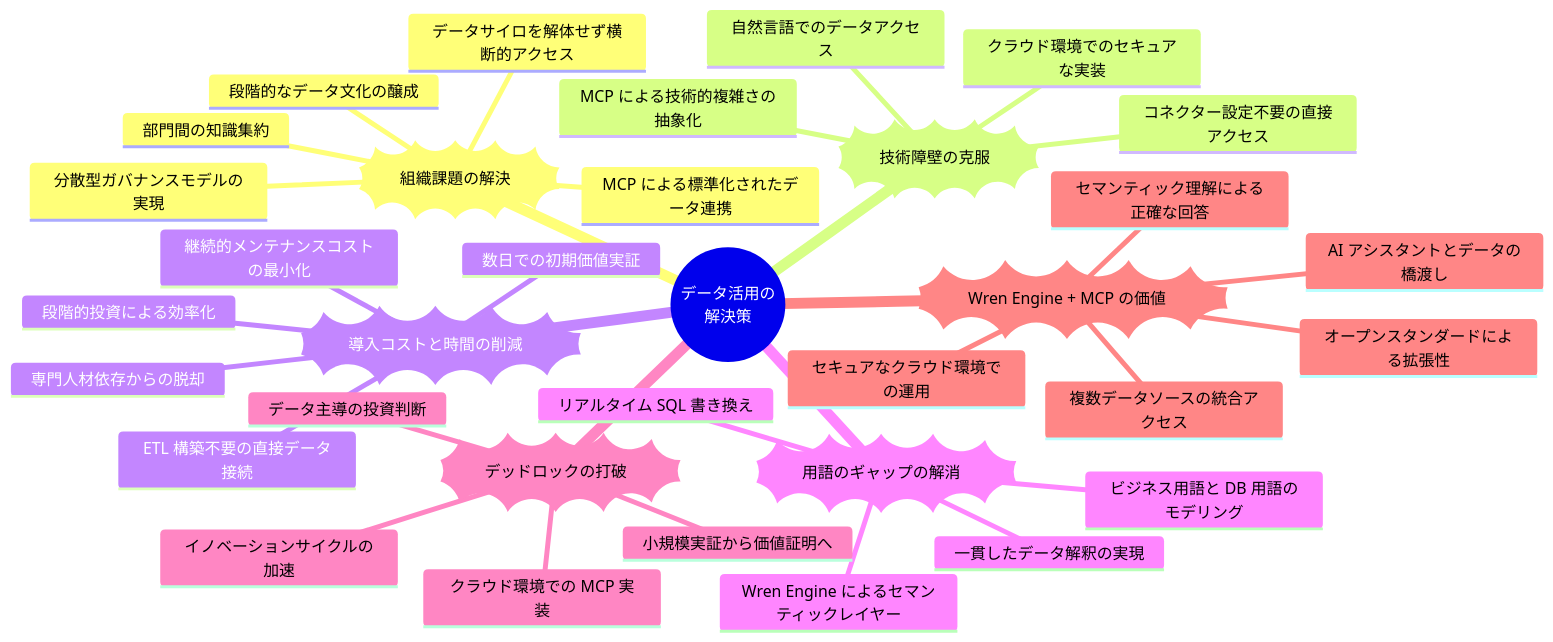
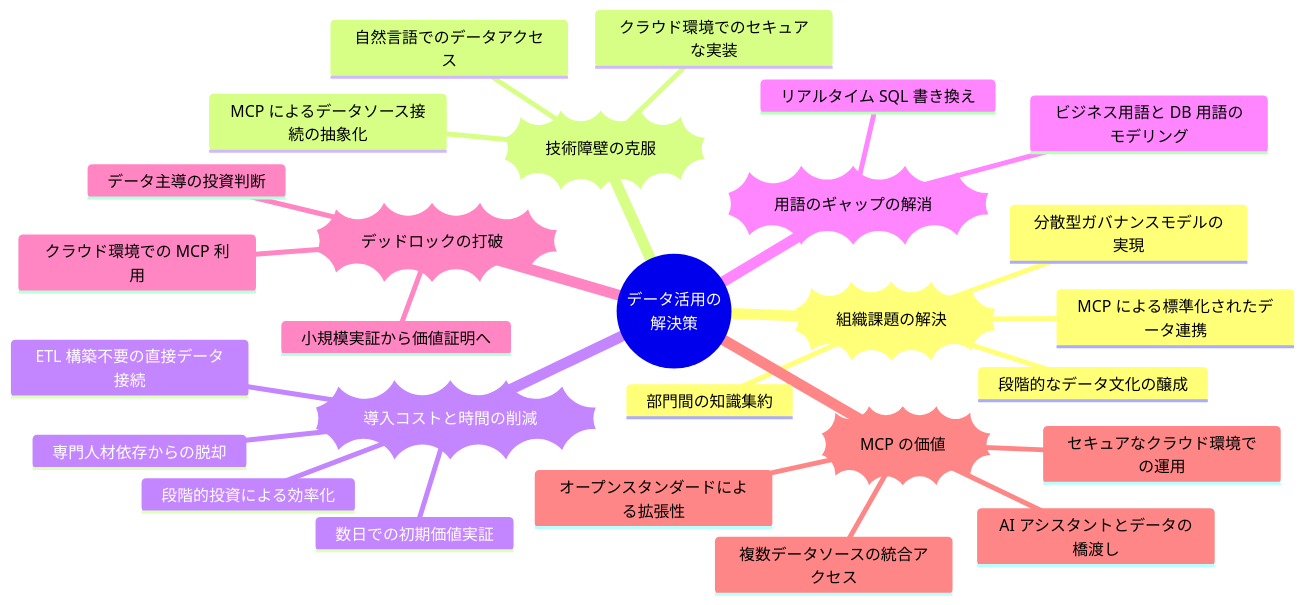
Before and after one commit to littlemex/aws-samples: the second of 2 diagrams in databases/wren/blog/README.md, drawn with Mermaid. The commit also changed other lines of this file, not shown here.

````diff
--- a/databases/wren/blog/README.md
+++ b/databases/wren/blog/README.md
@@ -177,43 +192,36 @@
 ```mermaid
 mindmap
   root((データ活用の<br>解決策))
     ))組織課題の解決((
       ::icon(fa fa-users)
-      データサイロを解体せず横断的アクセス
       MCP による標準化されたデータ連携
       分散型ガバナンスモデルの実現
       段階的なデータ文化の醸成
       部門間の知識集約
     ))技術障壁の克服((
       ::icon(fa fa-code)
       自然言語でのデータアクセス
-      MCP による技術的複雑さの抽象化
+      MCP によるデータソース接続の抽象化
       クラウド環境でのセキュアな実装
-      コネクター設定不要の直接アクセス
     ))導入コストと時間の削減((
       ::icon(fa fa-money-bill)
       数日での初期価値実証
       ETL 構築不要の直接データ接続
       段階的投資による効率化
       専門人材依存からの脱却
-      継続的メンテナンスコストの最小化
     ))用語のギャップの解消((
       ::icon(fa fa-language)
-      Wren Engine によるセマンティックレイヤー
       ビジネス用語と DB 用語のモデリング
       リアルタイム SQL 書き換え
-      一貫したデータ解釈の実現
     ))デッドロックの打破((
       ::icon(fa fa-unlock)
       小規模実証から価値証明へ
-      クラウド環境での MCP 実装
+      クラウド環境での MCP 利用
       データ主導の投資判断
-      イノベーションサイクルの加速
-    ))Wren Engine + MCP の価値((
+    ))MCP の価値((
       ::icon(fa fa-rocket)
       AI アシスタントとデータの橋渡し
-      セマンティック理解による正確な回答
       複数データソースの統合アクセス
       セキュアなクラウド環境での運用
       オープンスタンダードによる拡張性
 ```
````
